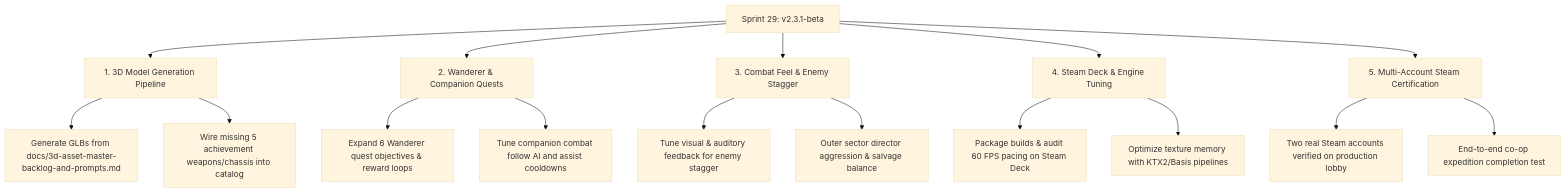
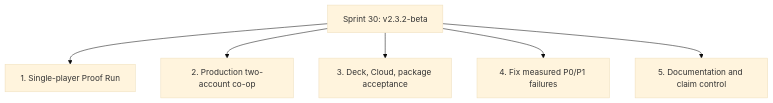
One commit to grounded-play/hunker-bunker changed the diagram in docs/versioning-and-release-roadmap.md. Above: the diagram before and after it, drawn with Mermaid (base theme). The commit also changed other lines of this file and 46 other files, not shown here.

Commit message:
docs(sprint30): establish canonical planning and documentation system

````diff
--- a/docs/versioning-and-release-roadmap.md
+++ b/docs/versioning-and-release-roadmap.md
@@ -43,23 +50,8 @@
 ```mermaid
 graph TD
-    A["Sprint 29: v2.3.1-beta"] --> B["1. 3D Model Generation Pipeline"]
-    A --> C["2. Wanderer & Companion Quests"]
-    A --> D["3. Combat Feel & Enemy Stagger"]
-    A --> E["4. Steam Deck & Engine Tuning"]
-    A --> F["5. Multi-Account Steam Certification"]
-
-    B --> B1["Generate GLBs from docs/3d-asset-master-backlog-and-prompts.md"]
-    B --> B2["Wire missing 5 achievement weapons/chassis into catalog"]
-    
-    C --> C1["Expand 6 Wanderer quest objectives & reward loops"]
-    C --> C2["Tune companion combat follow AI and assist cooldowns"]
-
-    D --> D1["Tune visual & auditory feedback for enemy stagger"]
-    D --> D2["Outer sector director aggression & salvage balance"]
-
-    E --> E1["Package builds & audit 60 FPS pacing on Steam Deck"]
-    E --> E2["Optimize texture memory with KTX2/Basis pipelines"]
-
-    F --> F1["Two real Steam accounts verified on production lobby"]
-    F --> F2["End-to-end co-op expedition completion test"]
+    A["Sprint 30: v2.3.2-beta"] --> B["1. Single-player Proof Run"]
+    A --> C["2. Production two-account co-op"]
+    A --> D["3. Deck, Cloud, package acceptance"]
+    A --> E["4. Fix measured P0/P1 failures"]
+    A --> F["5. Documentation and claim control"]
 ```
````
